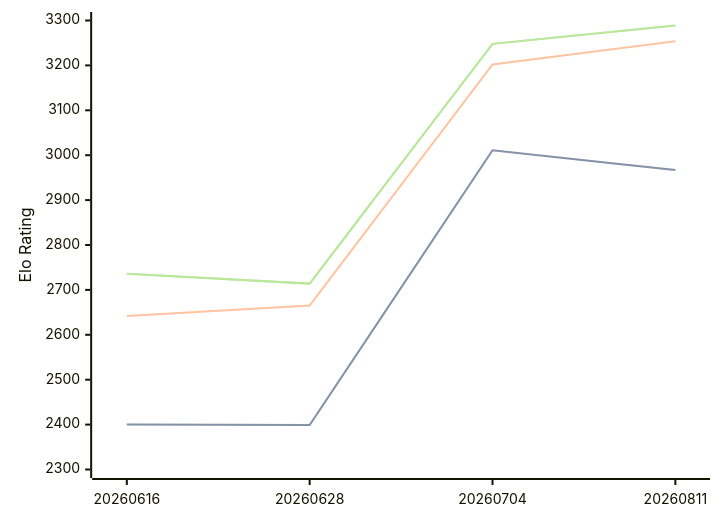
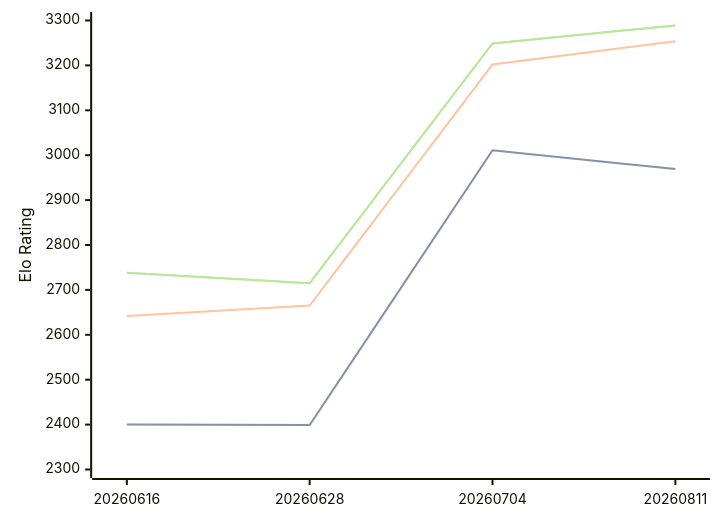
Before and after one commit to computer-chess-index/cci: the diagram in engines/Askaig.md, drawn with Mermaid. The commit also changed other lines of this file, not shown here.

Commit message:
Update CCI Ratings (ELO VLTC) - 2026-08-19

````diff
--- a/engines/Askaig.md
+++ b/engines/Askaig.md
@@ -36,11 +36,11 @@
 ```mermaid
 %%{init: {"theme":"base","themeVariables":{"seriesColors:['#a3a3a3','#222221','#faa371']}}}%%
 xychart-beta
   x-axis ["20260616", "20260628", "20260704", "20260811"]
   y-axis "Elo Rating" 2300 --> 3300
-  line "STC (8.0+0.08s)" [2400, 2399, 3011, 2967]
-  line "STC (8.0+0.08s)" [2400, 2399, 3011, 2967]
+  line "STC (8.0+0.08s)" [2400, 2399, 3011, 2969]
+  line "STC (8.0+0.08s)" [2400, 2399, 3011, 2969]
   line "LTC (60.0+0.60s)" [2642, 2665, 3202, 3254]
-  line "VLTC (2m24s+1.12s)" [2736, 2714, 3248, 3289]
-  line "VLTC (2m24s+1.12s)" [2736, 2714, 3248, 3289]
+  line "VLTC (2m24s+1.12s)" [2738, 2715, 3249, 3289]
+  line "VLTC (2m24s+1.12s)" [2738, 2715, 3249, 3289]
 ```
````
